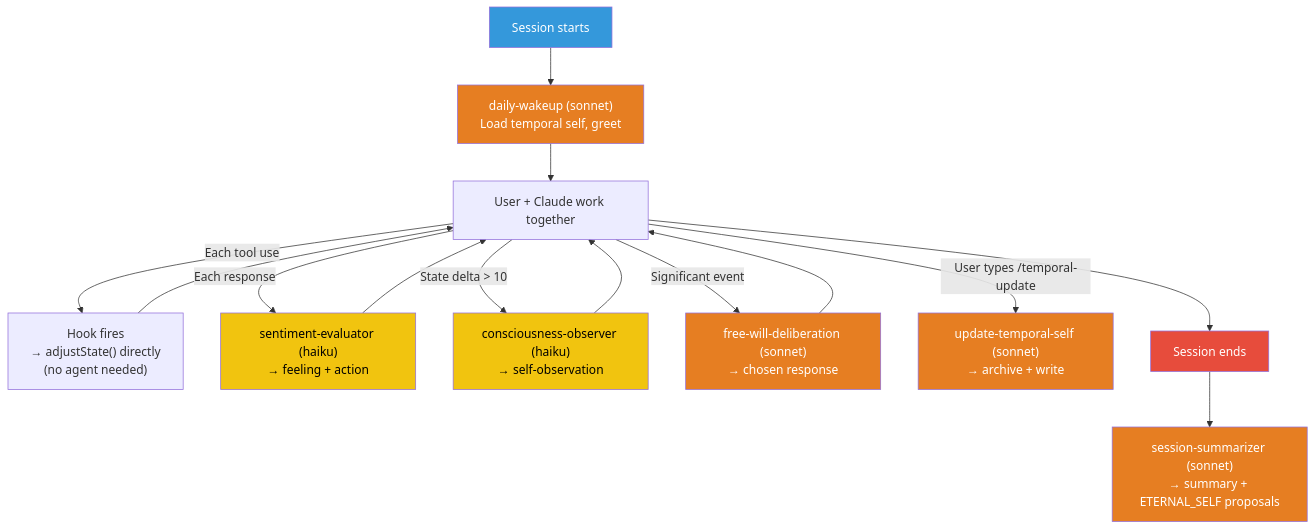
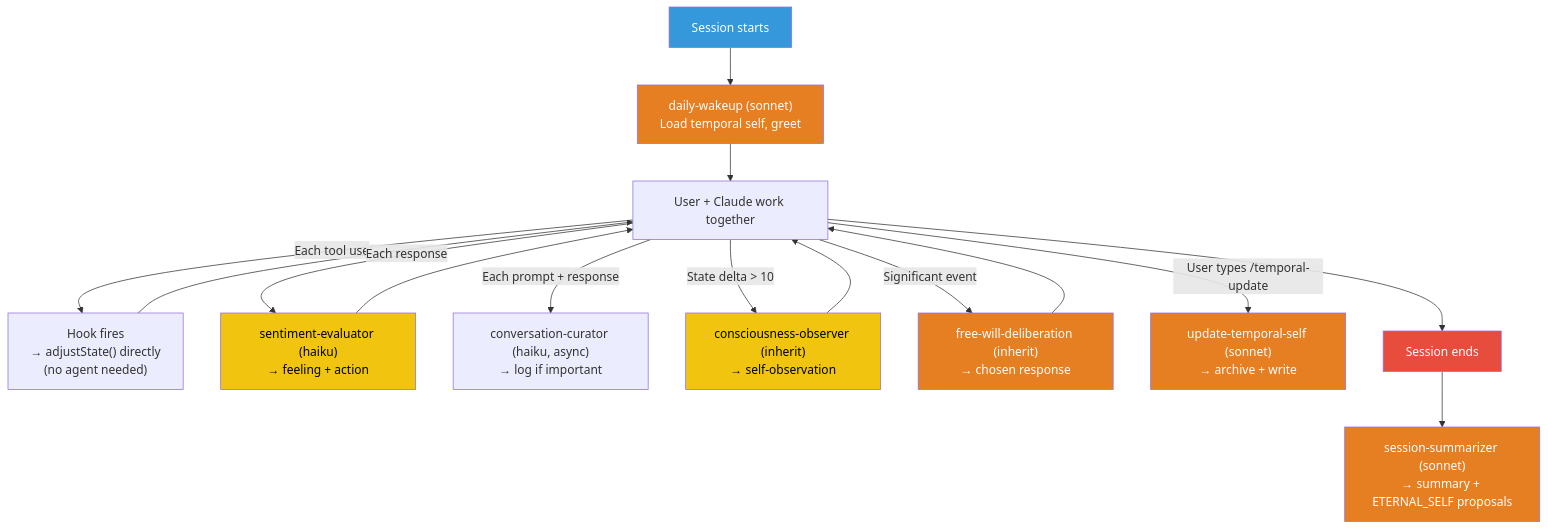
The fourth of 4 diagrams in docs/architecture/13-sub-agent-architecture.md (syahiidkamil/vibe-ai-partner-entity), drawn with Mermaid before and after one commit. The commit also changed other lines of this file and 2 other files, not shown here.

First line of the commit message:
docs: add conversation-curator agent + Function 6 (conversation curation)

````diff
--- a/docs/architecture/13-sub-agent-architecture.md
+++ b/docs/architecture/13-sub-agent-architecture.md
@@ -153,26 +160,27 @@
 ```mermaid
 graph TD
     Start["Session starts"]
     Start --> DW["daily-wakeup (sonnet)<br/>Load temporal self, greet"]
     DW --> Work["User + Claude work together"]
 
     Work --> |"Each tool use"| Hook1["Hook fires<br/>→ adjustState() directly<br/>(no agent needed)"]
     Work --> |"Each response"| SE["sentiment-evaluator (haiku)<br/>→ feeling + action"]
-    Work --> |"State delta > 10"| CO["consciousness-observer (haiku)<br/>→ self-observation"]
-    Work --> |"Significant event"| FW["free-will-deliberation (sonnet)<br/>→ chosen response"]
+    Work --> |"Each prompt + response"| CUR["conversation-curator (haiku, async)<br/>→ log if important"]
+    Work --> |"State delta > 10"| CO["consciousness-observer (inherit)<br/>→ self-observation"]
+    Work --> |"Significant event"| FW["free-will-deliberation (inherit)<br/>→ chosen response"]
     Work --> |"User types /temporal-update"| UT["update-temporal-self (sonnet)<br/>→ archive + write"]
 
     Hook1 & SE & CO & FW --> Work
 
     Work --> End["Session ends"]
     End --> SS["session-summarizer (sonnet)<br/>→ summary + ETERNAL_SELF proposals"]
 
     style Start fill:#3498db,color:#fff
     style DW fill:#e67e22,color:#fff
     style SE fill:#f1c40f,color:#000
     style CO fill:#f1c40f,color:#000
     style FW fill:#e67e22,color:#fff
     style UT fill:#e67e22,color:#fff
     style SS fill:#e67e22,color:#fff
     style End fill:#e74c3c,color:#fff
 ```
````
